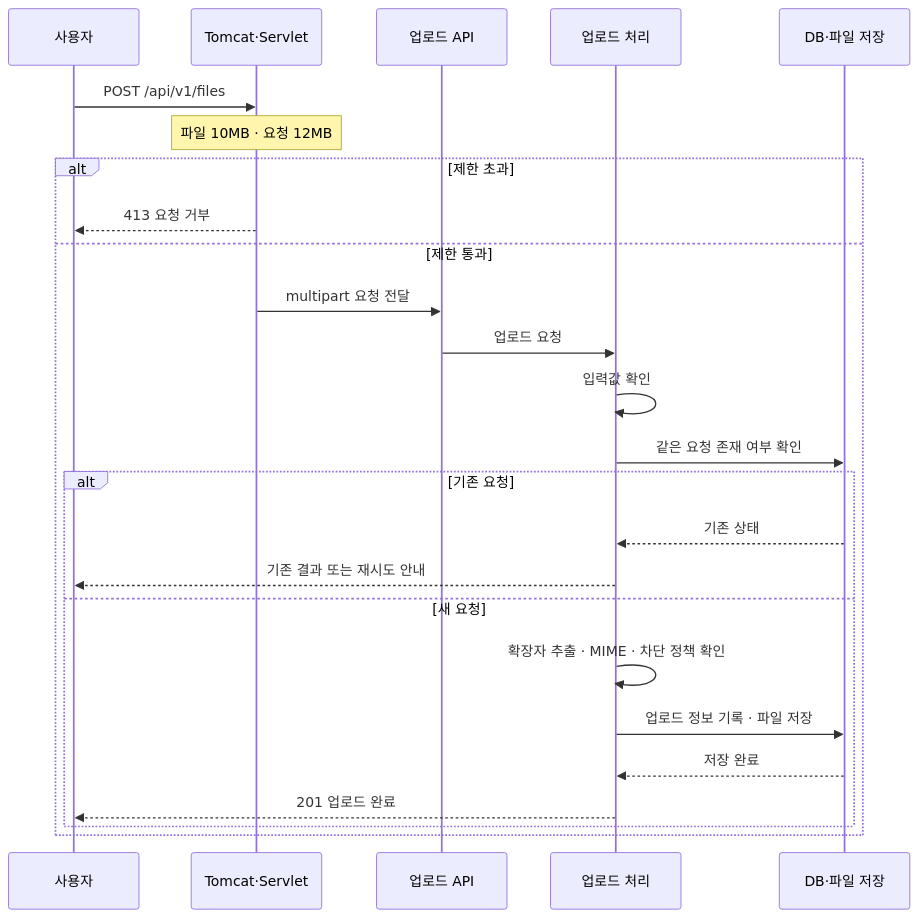
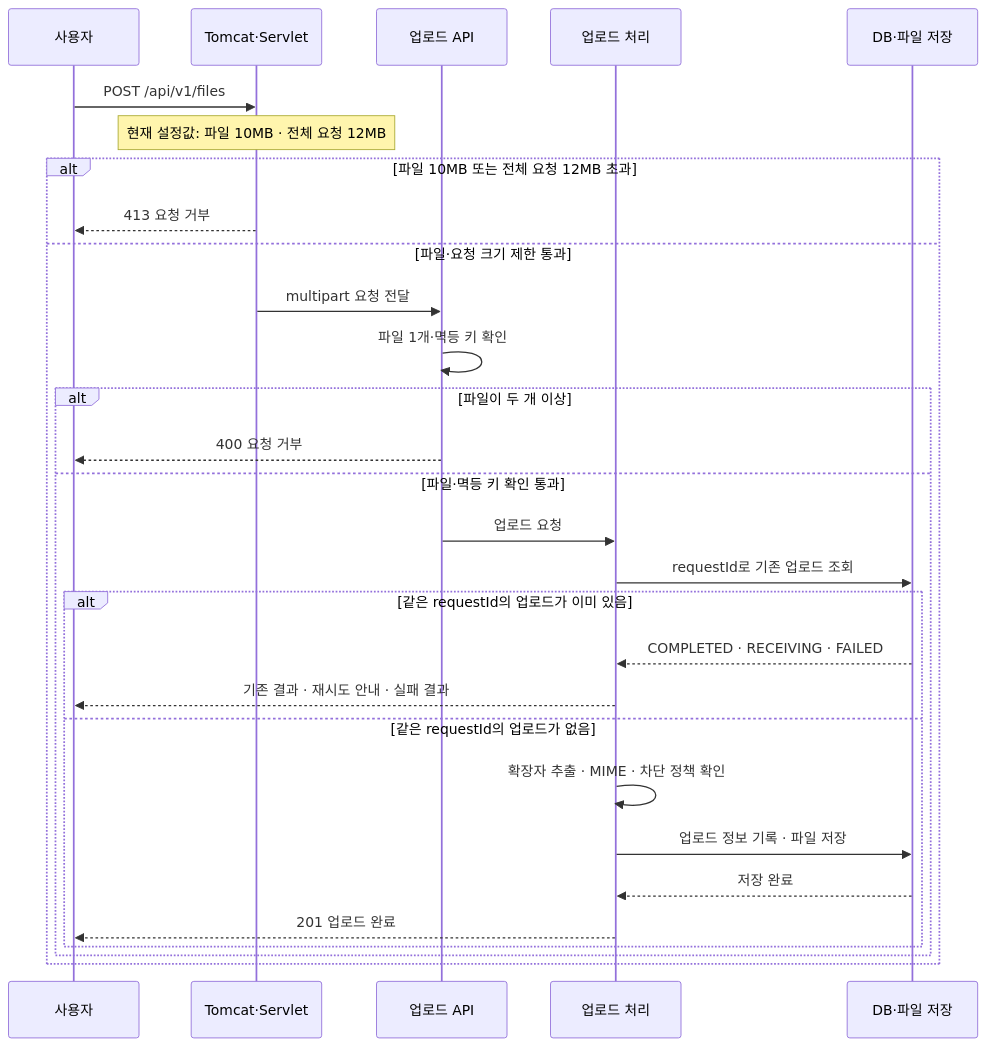
One commit to seokjun7410/file-upload changed the first of 8 diagrams in README.md. Above: the diagram before and after it, drawn with Mermaid. The commit also changed other lines of this file and 2 other files, not shown here.

````diff
--- a/README.md
+++ b/README.md
@@ -67,28 +63,32 @@
 ```mermaid
 sequenceDiagram
     participant U as 사용자
     participant T as Tomcat·Servlet
     participant C as 업로드 API
     participant S as 업로드 처리
     participant D as DB·파일 저장
 
     U->>T: POST /api/v1/files
-    Note over T: 파일 10MB · 요청 12MB
-    alt 제한 초과
+    Note over T: 현재 설정값: 파일 10MB · 전체 요청 12MB
+    alt 파일 10MB 또는 전체 요청 12MB 초과
         T-->>U: 413 요청 거부
-    else 제한 통과
+    else 파일·요청 크기 제한 통과
         T->>C: multipart 요청 전달
-        C->>S: 업로드 요청
-        S->>S: 입력값 확인
-        S->>D: 같은 요청 존재 여부 확인
-        alt 기존 요청
-            D-->>S: 기존 상태
-            S-->>U: 기존 결과 또는 재시도 안내
-        else 새 요청
-            S->>S: 확장자 추출 · MIME · 차단 정책 확인
-            S->>D: 업로드 정보 기록 · 파일 저장
-            D-->>S: 저장 완료
-            S-->>U: 201 업로드 완료
+        C->>C: 파일 1개·멱등 키 확인
+        alt 파일이 두 개 이상
+            C-->>U: 400 요청 거부
+        else 파일·멱등 키 확인 통과
+            C->>S: 업로드 요청
+            S->>D: requestId로 기존 업로드 조회
+            alt 같은 requestId의 업로드가 이미 있음
+                D-->>S: COMPLETED · RECEIVING · FAILED
+                S-->>U: 기존 결과 · 재시도 안내 · 실패 결과
+            else 같은 requestId의 업로드가 없음
+                S->>S: 확장자 추출 · MIME · 차단 정책 확인
+                S->>D: 업로드 정보 기록 · 파일 저장
+                D-->>S: 저장 완료
+                S-->>U: 201 업로드 완료
+            end
         end
     end
 ```
````
